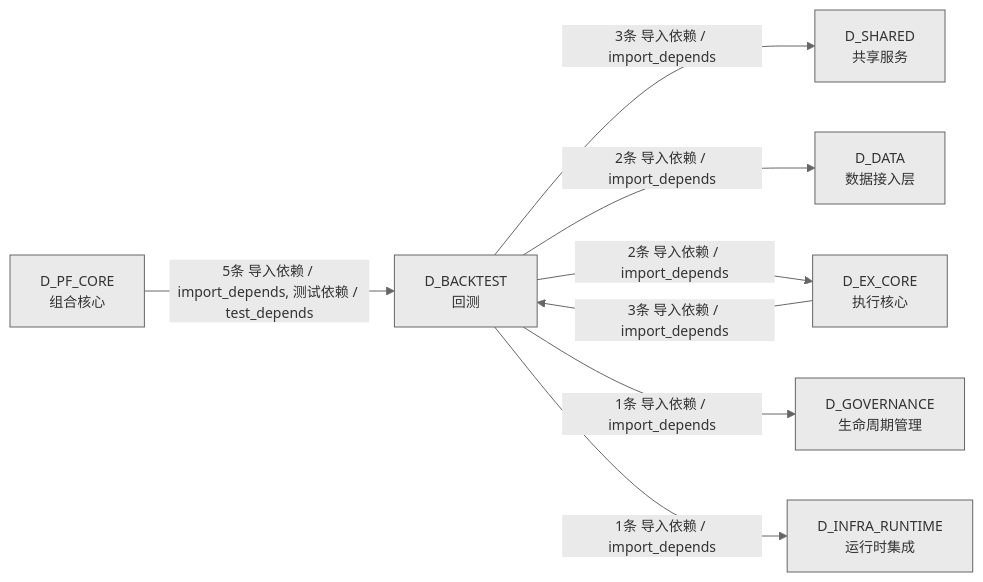
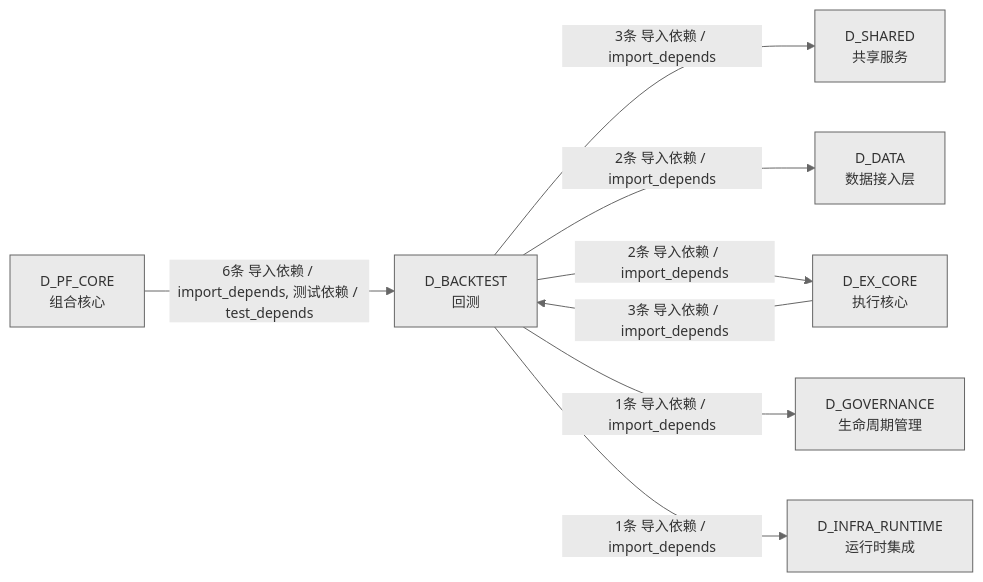
Before and after one commit to xuanFelixVan/ZephyrAlpha: the third of 3 diagrams in docs/02_enterprise_architecture/02_domain_architecture_docs/35_d_backtest.md, drawn with Mermaid. The commit also changed other lines of this file and 37 other files, not shown here.

````diff
--- a/docs/02_enterprise_architecture/02_domain_architecture_docs/35_d_backtest.md
+++ b/docs/02_enterprise_architecture/02_domain_architecture_docs/35_d_backtest.md
@@ -305,18 +308,18 @@
 ```mermaid
 %%{init: {'theme': 'base', 'themeVariables': {'primaryColor': '#eaeaea', 'primaryTextColor': '#333333', 'primaryBorderColor': '#666666', 'lineColor': '#666666', 'secondaryColor': '#eaeaea', 'tertiaryColor': '#eaeaea', 'fontSize': '14px'}}}%%
 graph LR
     D_BACKTEST["D_BACKTEST<br/>回测"]
     D_SHARED["D_SHARED<br/>共享服务"]
     D_DATA["D_DATA<br/>数据接入层"]
     D_EX_CORE["D_EX_CORE<br/>执行核心"]
     D_GOVERNANCE["D_GOVERNANCE<br/>生命周期管理"]
     D_INFRA_RUNTIME["D_INFRA_RUNTIME<br/>运行时集成"]
     D_PF_CORE["D_PF_CORE<br/>组合核心"]
     D_BACKTEST -->|3条 导入依赖 / import_depends| D_SHARED
     D_BACKTEST -->|2条 导入依赖 / import_depends| D_DATA
     D_BACKTEST -->|2条 导入依赖 / import_depends| D_EX_CORE
     D_BACKTEST -->|1条 导入依赖 / import_depends| D_GOVERNANCE
     D_BACKTEST -->|1条 导入依赖 / import_depends| D_INFRA_RUNTIME
-    D_PF_CORE -->|5条 导入依赖 / import_depends, 测试依赖 / test_depends| D_BACKTEST
+    D_PF_CORE -->|6条 导入依赖 / import_depends, 测试依赖 / test_depends| D_BACKTEST
     D_EX_CORE -->|3条 导入依赖 / import_depends| D_BACKTEST
 ```
````
